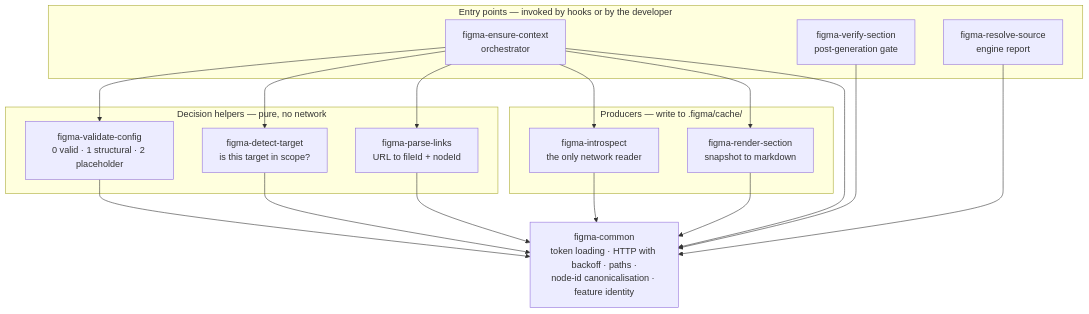
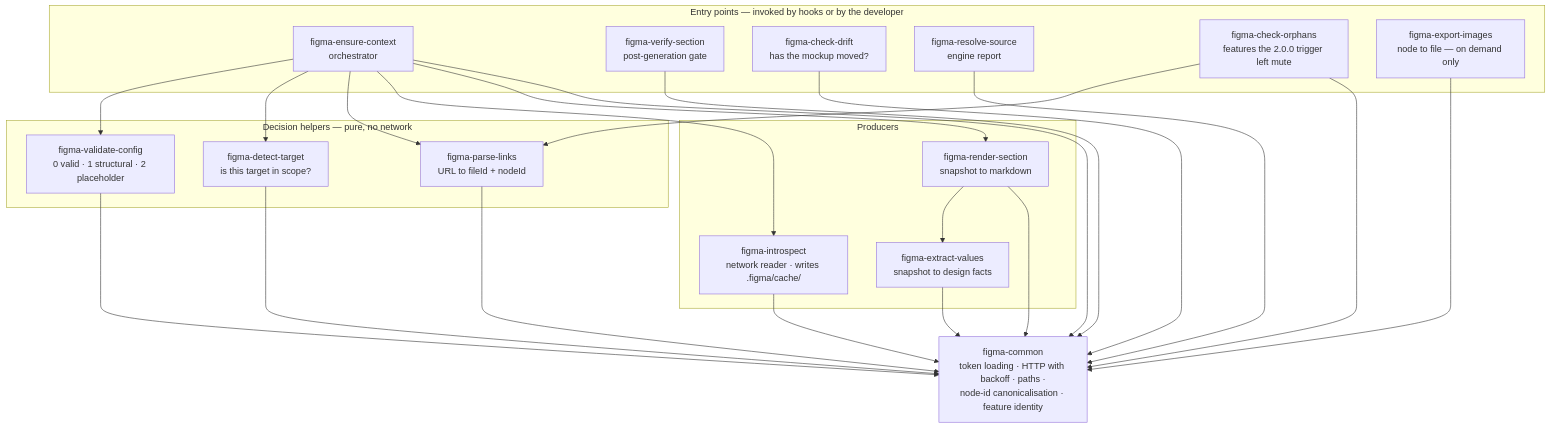
Before and after one commit to Fyloss/spec-kit-figma: the second of 11 diagrams in docs/ARCHITECTURE.md, drawn with Mermaid. The commit also changed other lines of this file and 21 other files, not shown here.

````diff
--- a/docs/ARCHITECTURE.md
+++ b/docs/ARCHITECTURE.md
@@ -81,35 +81,45 @@
 ```mermaid
 flowchart TD
     subgraph Entry["Entry points — invoked by hooks or by the developer"]
         Ensure["figma-ensure-context<br>orchestrator"]
         Verify["figma-verify-section<br>post-generation gate"]
+        Drift["figma-check-drift<br>has the mockup moved?"]
         Resolve["figma-resolve-source<br>engine report"]
+        Orphans["figma-check-orphans<br>features the 2.0.0 trigger left mute"]
+        Export["figma-export-images<br>node to file — on demand only"]
     end
 
     subgraph Decide["Decision helpers — pure, no network"]
         Validate["figma-validate-config<br>0 valid · 1 structural · 2 placeholder"]
         Detect["figma-detect-target<br>is this target in scope?"]
         Parse["figma-parse-links<br>URL to fileId + nodeId"]
     end
 
-    subgraph Produce["Producers — write to .figma/cache/"]
-        Introspect["figma-introspect<br>the only network reader"]
+    subgraph Produce["Producers"]
+        Introspect["figma-introspect<br>network reader · writes .figma/cache/"]
+        Extract["figma-extract-values<br>snapshot to design facts"]
         Render["figma-render-section<br>snapshot to markdown"]
     end
 
     Common["figma-common<br>token loading · HTTP with backoff · paths ·<br>node-id canonicalisation · feature identity"]
 
     Ensure --> Validate
     Ensure --> Detect
     Ensure --> Parse
     Ensure --> Introspect
     Ensure --> Render
+    Render --> Extract
     Introspect --> Common
+    Extract --> Common
     Render --> Common
     Verify --> Common
+    Drift --> Common
+    Orphans --> Parse
+    Orphans --> Common
+    Export --> Common
     Resolve --> Common
     Validate --> Common
     Detect --> Common
     Parse --> Common
     Ensure --> Common
 ```
````
